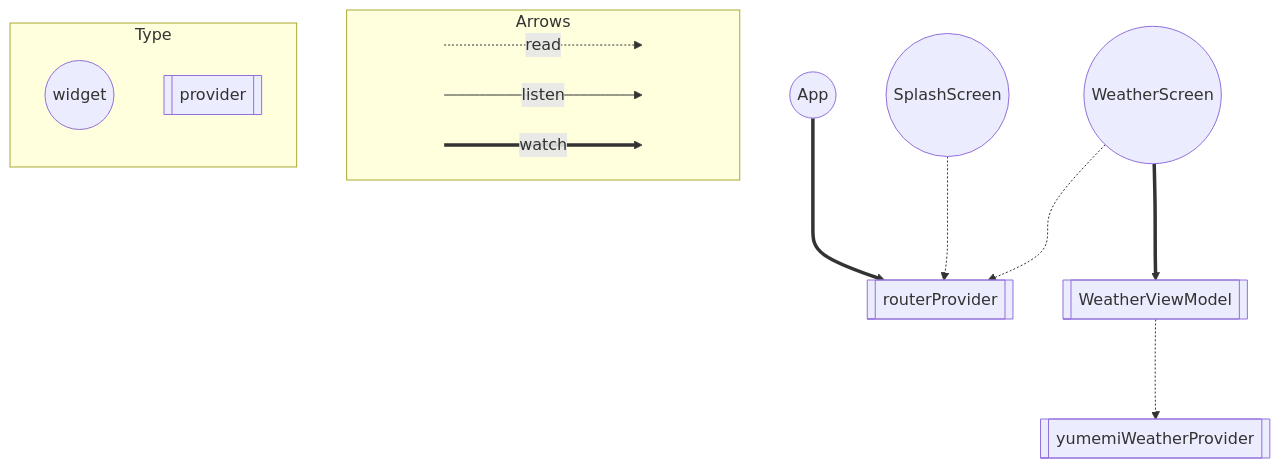
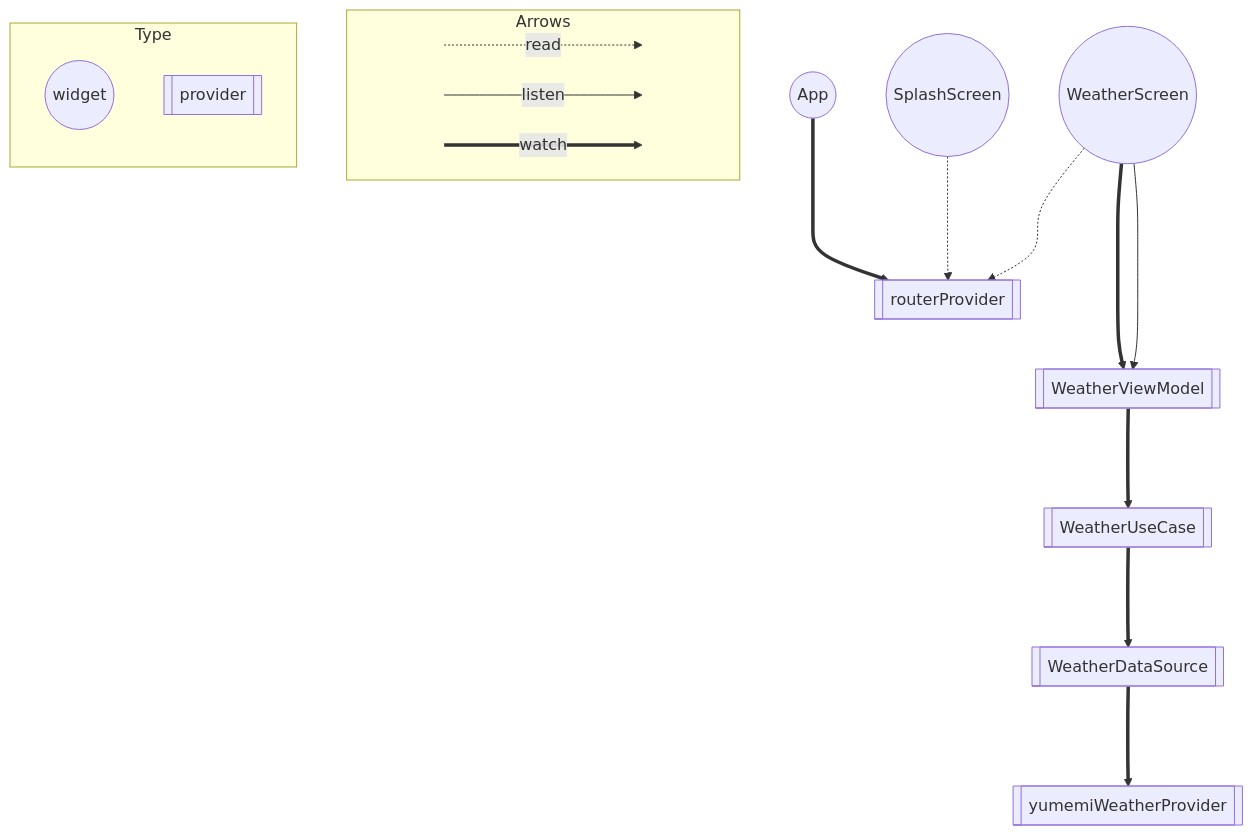
Before and after one commit to YumNumm/flutter-training: the diagram in ARCHTECTURE.md, drawn with Mermaid. The commit also changed 11 other files, not shown here.

````diff
--- a/ARCHTECTURE.md
+++ b/ARCHTECTURE.md
@@ -3,38 +3,54 @@
 ```mermaid
 flowchart TB
   subgraph Arrows
     direction LR
     start1[ ] -..->|read| stop1[ ]
     style start1 height:0px;
     style stop1 height:0px;
     start2[ ] --->|listen| stop2[ ]
     style start2 height:0px;
     style stop2 height:0px;
     start3[ ] ===>|watch| stop3[ ]
     style start3 height:0px;
     style stop3 height:0px;
   end
 
   subgraph Type
     direction TB
     ConsumerWidget((widget));
     Provider[[provider]];
   end
 
+  routerProvider[[routerProvider]];
+
+
   App((App));
   App ===> routerProvider;
 
   weatherViewModel[[WeatherViewModel]];
-
   WeatherScreen((WeatherScreen));
   WeatherScreen ===>  weatherViewModel;
-  routerProvider[[routerProvider]];
+
   yumemiWeatherProvider[[yumemiWeatherProvider]];
-  weatherViewModel -..-> yumemiWeatherProvider;
+
+  weatherDataSource[[WeatherDataSource]];
+  weatherDataSource ===>  yumemiWeatherProvider;
+
+  weatherUseCase[[WeatherUseCase]];
+  weatherUseCase ===>  weatherDataSource;
+
+  weatherViewModel ===>  weatherUseCase;
+
+
+  WeatherScreen ---->  weatherViewModel;
+
+
+
+
 
   SplashScreen((SplashScreen));
 
   SplashScreen -..->  routerProvider;
   WeatherScreen -..->  routerProvider;
 
 ```
````
